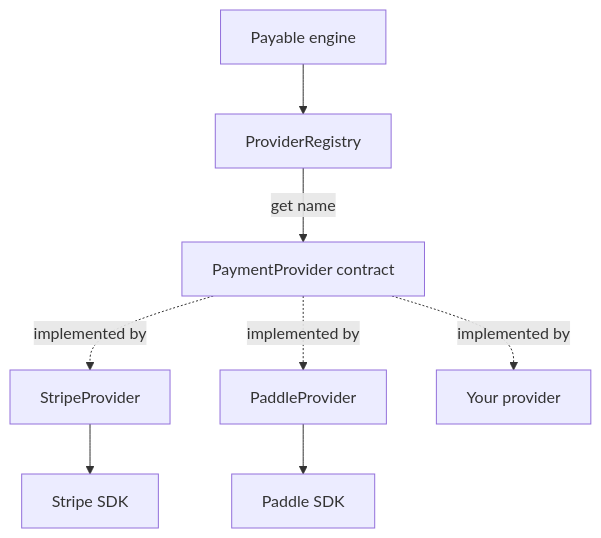
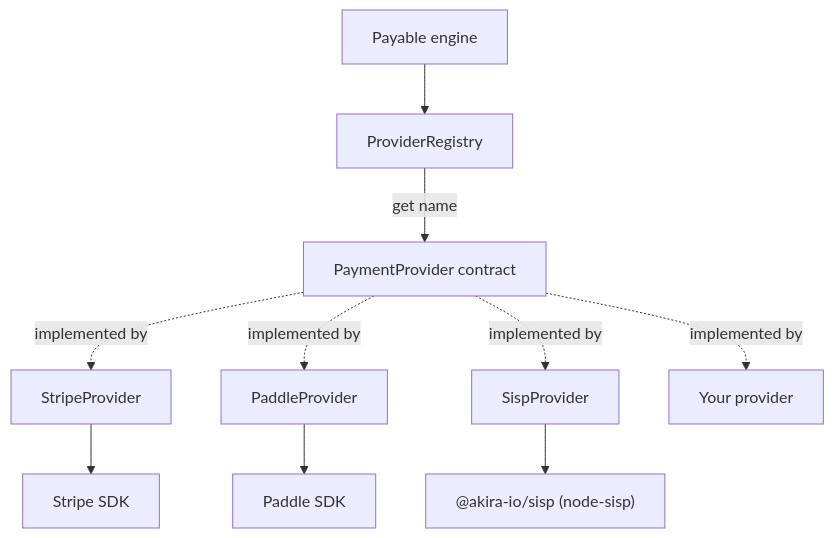
Before and after one commit to kidiatoliny/payable-docs: the diagram in _docs_src/integrations/17-providers.md, drawn with Mermaid. The commit also changed other lines of this file and 5 other files, not shown here.

````diff
--- a/_docs_src/integrations/17-providers.md
+++ b/_docs_src/integrations/17-providers.md
@@ -150,10 +182,12 @@
 ```mermaid
 flowchart TD
   Engine[Payable engine] --> Registry[ProviderRegistry]
   Registry -->|get name| Contract[PaymentProvider contract]
   Contract -. implemented by .-> Stripe[StripeProvider]
   Contract -. implemented by .-> Paddle[PaddleProvider]
+  Contract -. implemented by .-> Sisp[SispProvider]
   Contract -. implemented by .-> Custom[Your provider]
   Stripe --> StripeAPI[Stripe SDK]
   Paddle --> PaddleAPI[Paddle SDK]
+  Sisp --> SispPkg["@akira-io/sisp (node-sisp)"]
 ```
````
